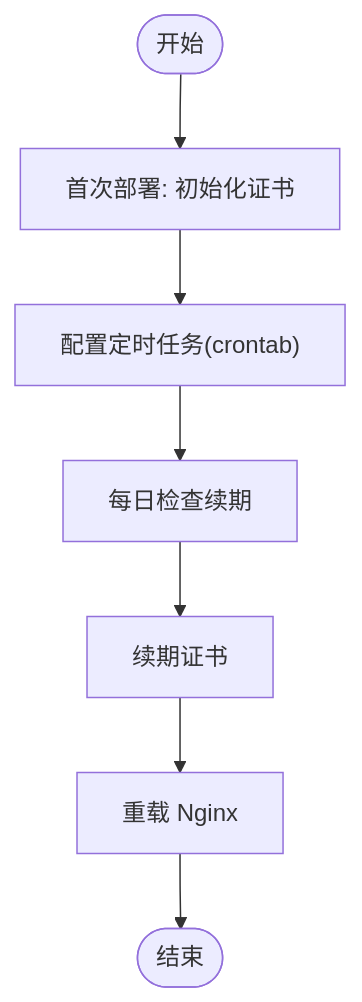
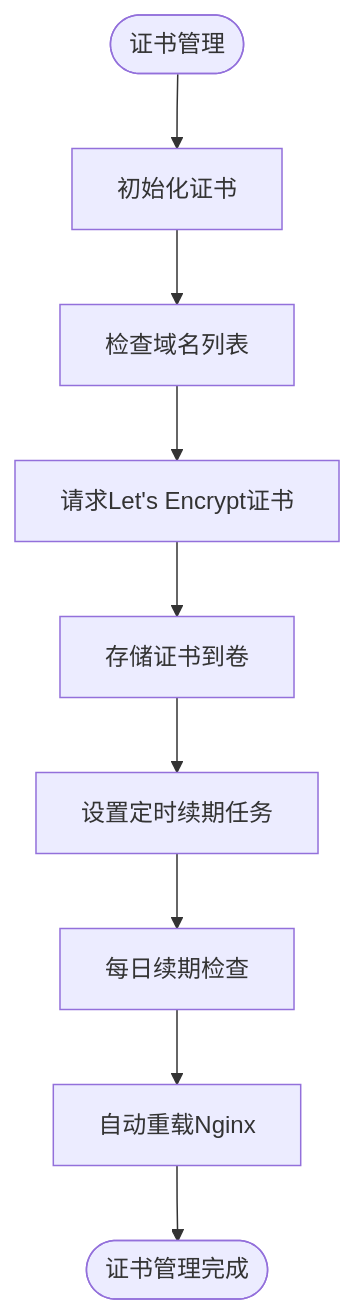
Before and after one commit to Will0253/zczk: the sixth of 8 diagrams in .qoder/repowiki/zh/content/部署和运维/部署配置/自动化部署脚本.md, drawn with Mermaid. The commit also changed other lines of this file and 13 other files, not shown here.

````diff
--- a/.qoder/repowiki/zh/content/部署和运维/部署配置/自动化部署脚本.md
+++ b/.qoder/repowiki/zh/content/部署和运维/部署配置/自动化部署脚本.md
@@ -182,9 +228,11 @@
 ```mermaid
 flowchart TD
-CStart(["开始"]) --> FirstRun["首次部署: 初始化证书"]
-FirstRun --> Cron["配置定时任务(crontab)"]
-Cron --> DailyCheck["每日检查续期"]
-DailyCheck --> Renew["续期证书"]
-Renew --> Reload["重载 Nginx"]
-Reload --> CEnd(["结束"])
+CStart(["证书管理"]) --> InitCert["初始化证书"]
+InitCert --> CheckDomains["检查域名列表"]
+CheckDomains --> RequestCert["请求Let's Encrypt证书"]
+RequestCert --> StoreCert["存储证书到卷"]
+StoreCert --> SetupCron["设置定时续期任务"]
+SetupCron --> DailyRenew["每日续期检查"]
+DailyRenew --> AutoReload["自动重载Nginx"]
+AutoReload --> Complete(["证书管理完成"])
 ```
````
